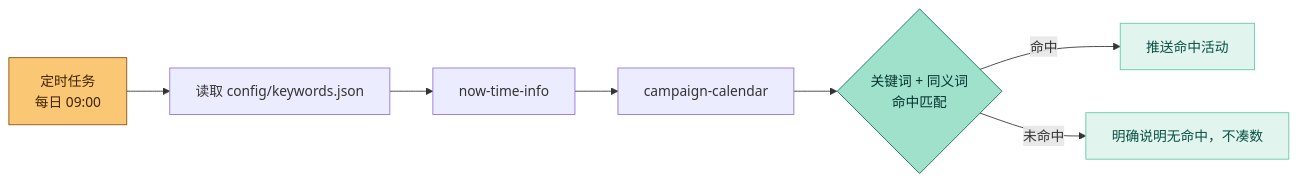
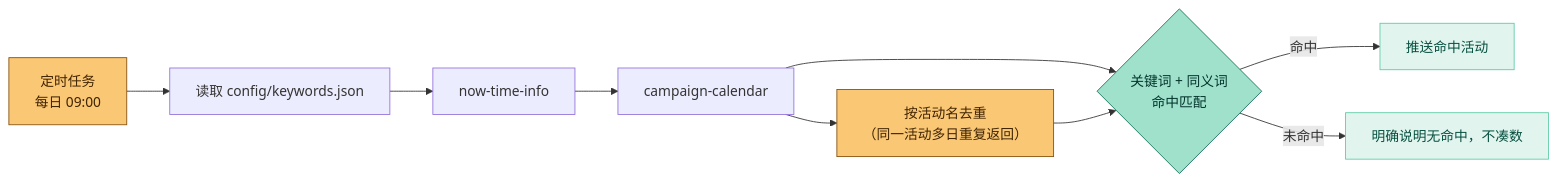
Before and after one commit to junxchan54-maker/mcd-cn-assistant: the second of 4 diagrams in MCP_INTEGRATION.md, drawn with Mermaid. The commit also changed other lines of this file and 3 other files, not shown here.

````diff
--- a/MCP_INTEGRATION.md
+++ b/MCP_INTEGRATION.md
@@ -154,13 +156,16 @@
 ```mermaid
 flowchart LR
     T["定时任务<br/>每日 09:00"] --> R["读取 config/keywords.json"]
     R --> N["now-time-info"]
     N --> C["campaign-calendar"]
     C --> F{"关键词 + 同义词<br/>命中匹配"}
     F -->|命中| P["推送命中活动"]
     F -->|未命中| E["明确说明无命中，不凑数"]
+    C --> D["按活动名去重<br/>（同一活动多日重复返回）"]
+    D --> F
     style T fill:#FAC775,stroke:#854F0B,color:#412402
+    style D fill:#FAC775,stroke:#854F0B,color:#412402
     style F fill:#9FE1CB,stroke:#0F6E56,color:#04342C
     style P fill:#E1F5EE,stroke:#5DCAA5,color:#085041
     style E fill:#E1F5EE,stroke:#5DCAA5,color:#085041
 ```
````
